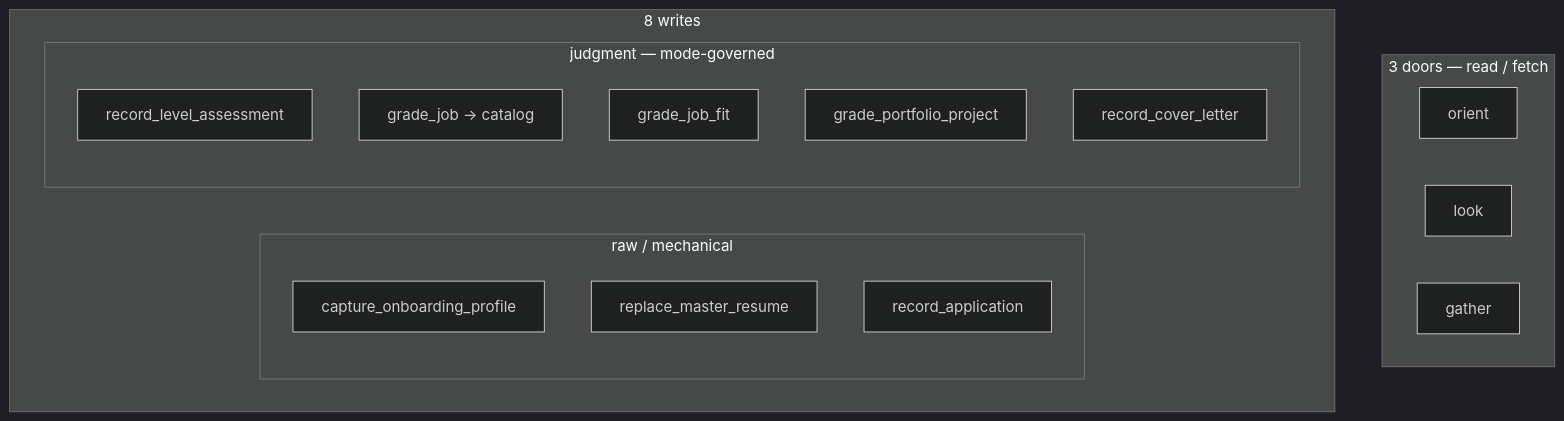
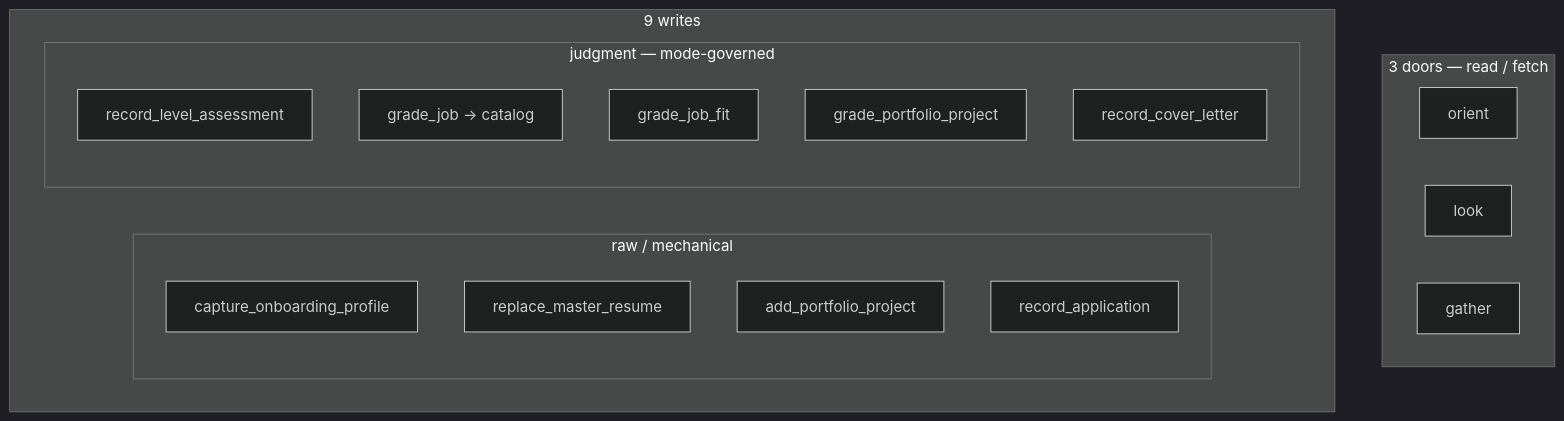
One commit to algorhythmic/jobbot9000 changed the second of 3 diagrams in README.md. Above: the diagram before and after it, drawn with Mermaid (dark theme). The commit also changed other lines of this file and 4 other files, not shown here.

````diff
--- a/README.md
+++ b/README.md
@@ -34,22 +34,23 @@
 ```mermaid
 flowchart TB
   subgraph Doors["3 doors — read / fetch"]
     orient
     look
     gather
   end
-  subgraph Writes["8 writes"]
+  subgraph Writes["9 writes"]
     subgraph Raw["raw / mechanical"]
       capture_onboarding_profile
       replace_master_resume
+      add_portfolio_project
       record_application
     end
     subgraph Judgment["judgment — mode-governed"]
       record_level_assessment
       grade_job["grade_job → catalog"]
       grade_job_fit
       grade_portfolio_project
       record_cover_letter
     end
   end
 ```
````
